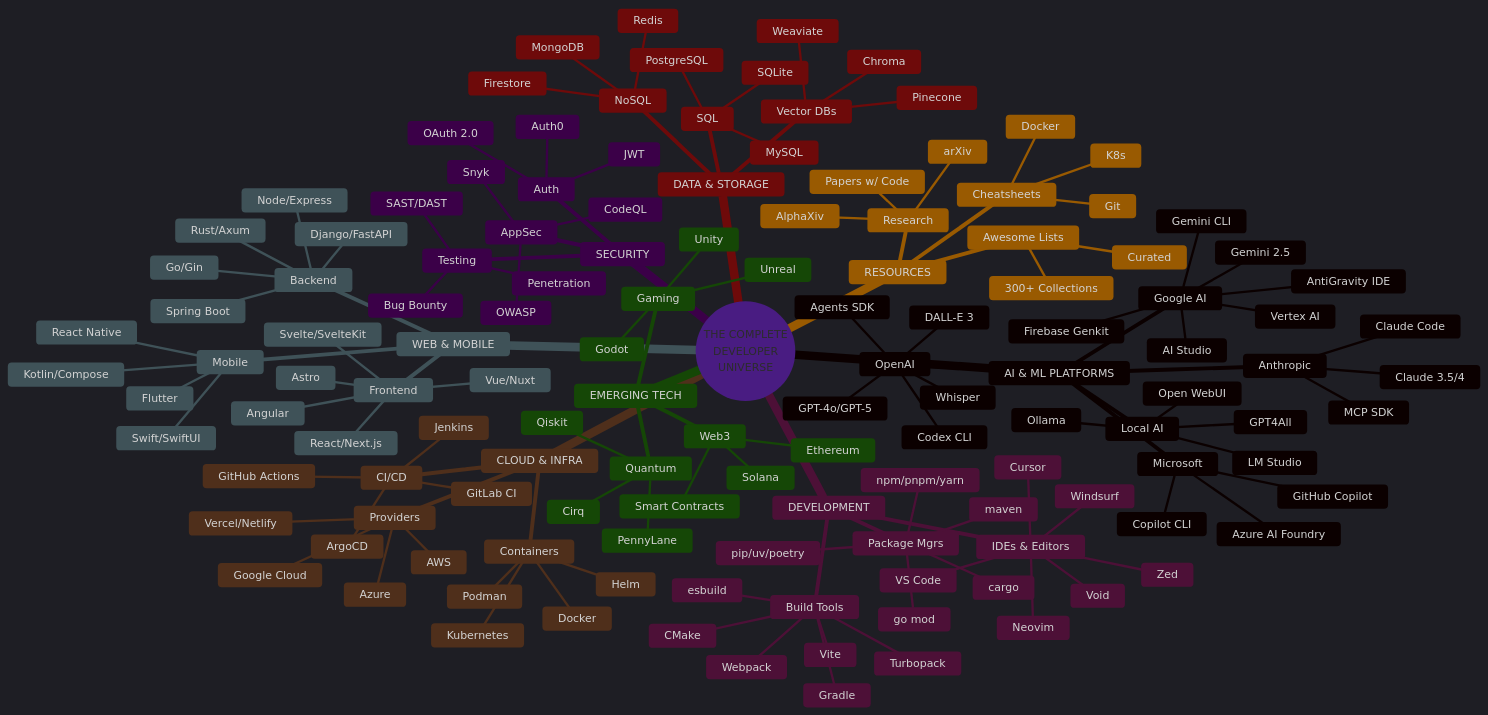
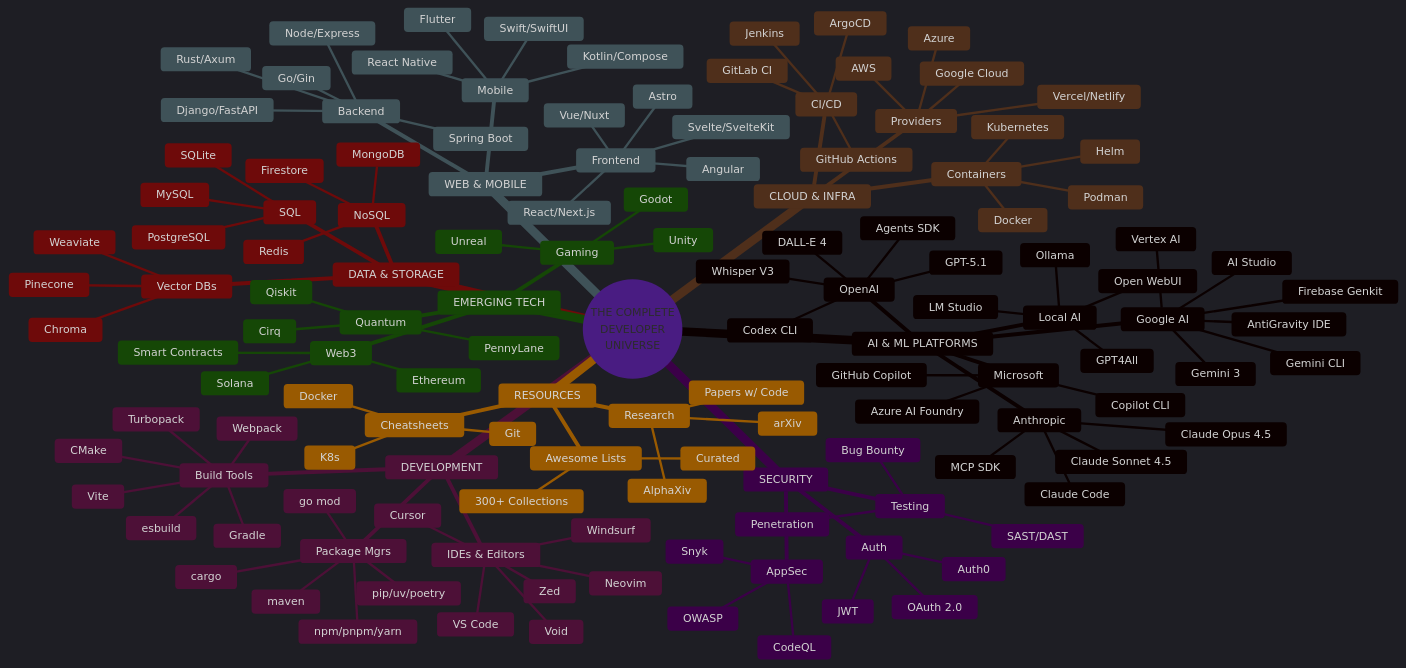
One commit to SpiralCloudOmega/DevTeam6 changed the fourth of 11 diagrams in README.md. Above: the diagram before and after it, drawn with Mermaid. The commit also changed other lines of this file and 1 other file, not shown here.

Commit message:
Update header to DevTeam6, upgrade AI models to GPT-5.1/Claude Opus 4.5/Gemini 3, add more animations and GitHub Action

```diff
--- a/README.md
+++ b/README.md
@@ -409,20 +409,21 @@
   root((THE COMPLETE<br/>DEVELOPER<br/>UNIVERSE))
     AI & ML PLATFORMS
       OpenAI
-        GPT-4o/GPT-5
-        Whisper
-        DALL-E 3
+        GPT-5.1
+        Whisper V3
+        DALL-E 4
         Codex CLI
         Agents SDK
       Google AI
-        Gemini 2.5
+        Gemini 3
         Gemini CLI
         Vertex AI
         AI Studio
         AntiGravity IDE
         Firebase Genkit
       Anthropic
-        Claude 3.5/4
+        Claude Opus 4.5
+        Claude Sonnet 4.5
         Claude Code
         MCP SDK
       Microsoft
```
